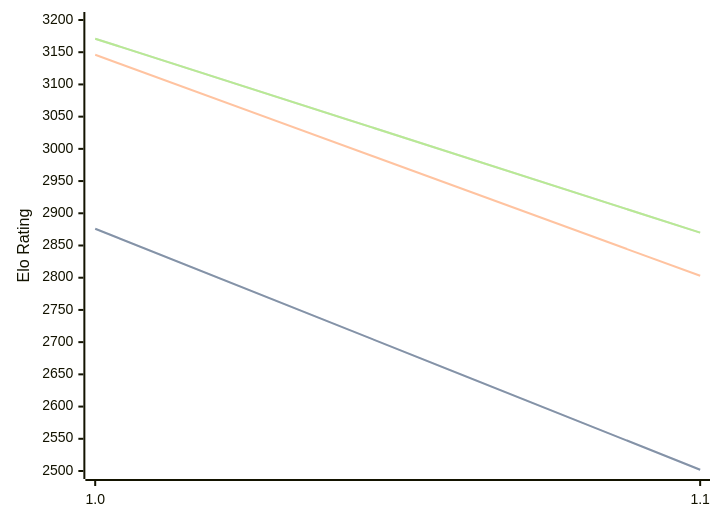
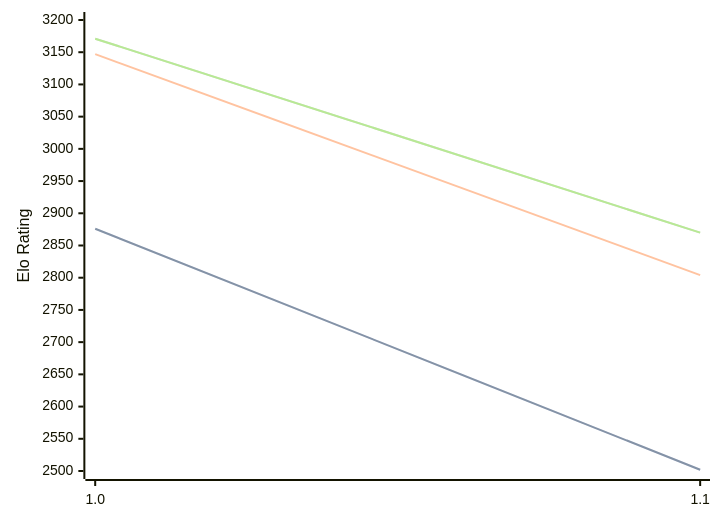
Before and after one commit to computer-chess-index/cci: the diagram in engines/Publius.md, drawn with Mermaid. The commit also changed other lines of this file, not shown here.

````diff
--- a/engines/Publius.md
+++ b/engines/Publius.md
@@ -30,11 +30,11 @@
 ```mermaid
 %%{init: {"theme":"base","themeVariables":{"seriesColors:['#a3a3a3','#222221','#faa371']}}}%%
 xychart-beta
   x-axis ["1.0", "1.1"]
   y-axis "Elo Rating" 2500 --> 3200
   line "STC (8.0+0.08s)" [2876, 2502]
   line "STC (8.0+0.08s)" [2876, 2502]
-  line "LTC (60.0+0.60s)" [3146, 2803]
+  line "LTC (60.0+0.60s)" [3147, 2804]
   line "VLTC (2m24s+1.12s)" [3171, 2870]
   line "VLTC (2m24s+1.12s)" [3171, 2870]
 ```
````
